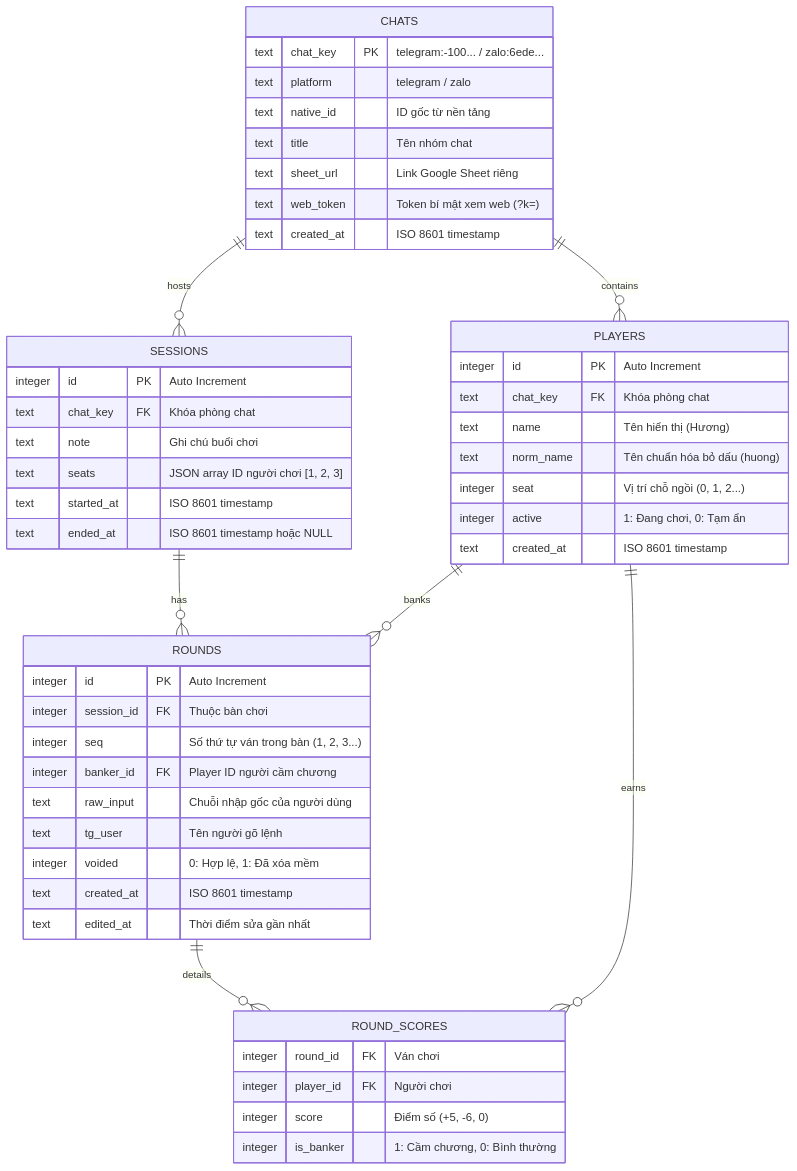
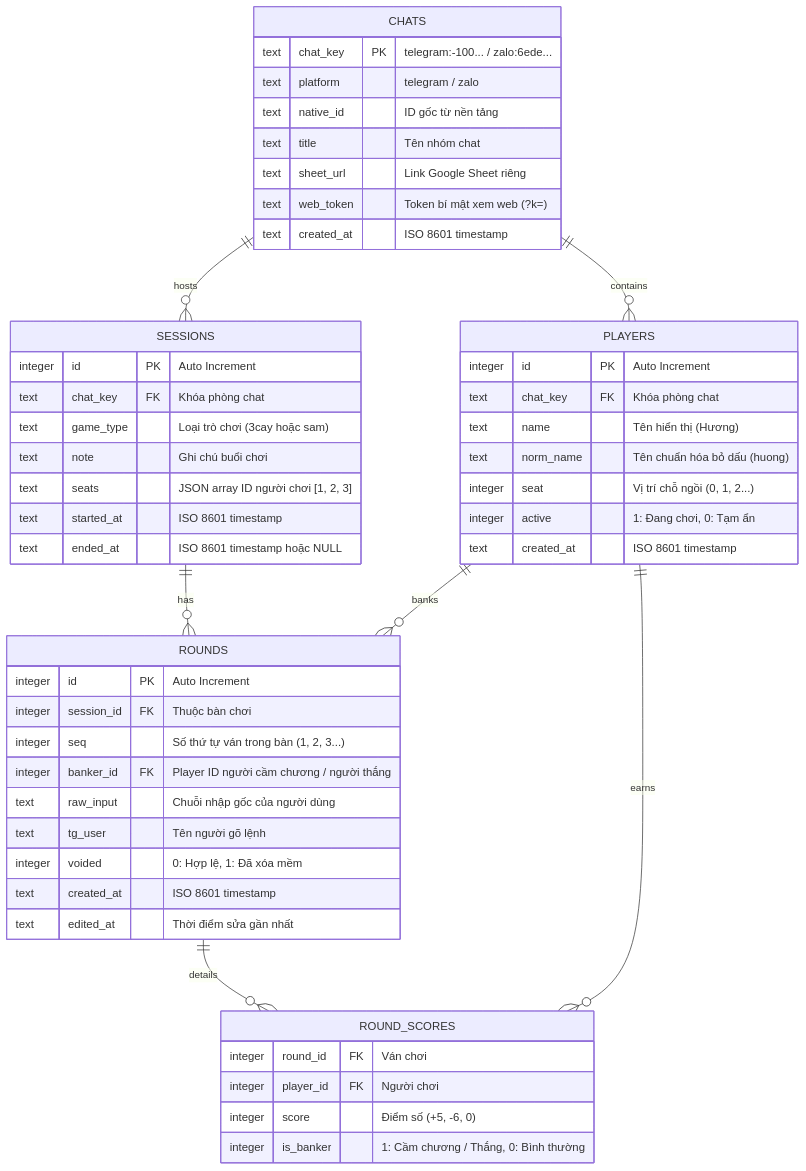
The second of 2 diagrams in docs/index.md (mihb123/ghi_sam), drawn with Mermaid before and after one commit. The commit also changed other lines of this file and 27 other files, not shown here.

````diff
--- a/docs/index.md
+++ b/docs/index.md
@@ -296,57 +302,58 @@
 ```mermaid
 erDiagram
     CHATS ||--o{ PLAYERS : contains
     CHATS ||--o{ SESSIONS : hosts
     SESSIONS ||--o{ ROUNDS : has
     ROUNDS ||--o{ ROUND_SCORES : details
     PLAYERS ||--o{ ROUND_SCORES : earns
     PLAYERS ||--o{ ROUNDS : banks
 
     CHATS {
         text chat_key PK "telegram:-100... / zalo:6ede..."
         text platform "telegram / zalo"
         text native_id "ID gốc từ nền tảng"
         text title "Tên nhóm chat"
         text sheet_url "Link Google Sheet riêng"
         text web_token "Token bí mật xem web (?k=)"
         text created_at "ISO 8601 timestamp"
     }
 
     PLAYERS {
         integer id PK "Auto Increment"
         text chat_key FK "Khóa phòng chat"
         text name "Tên hiển thị (Hương)"
         text norm_name "Tên chuẩn hóa bỏ dấu (huong)"
         integer seat "Vị trí chỗ ngồi (0, 1, 2...)"
         integer active "1: Đang chơi, 0: Tạm ẩn"
         text created_at "ISO 8601 timestamp"
     }
 
     SESSIONS {
         integer id PK "Auto Increment"
         text chat_key FK "Khóa phòng chat"
+        text game_type "Loại trò chơi (3cay hoặc sam)"
         text note "Ghi chú buổi chơi"
         text seats "JSON array ID người chơi [1, 2, 3]"
         text started_at "ISO 8601 timestamp"
         text ended_at "ISO 8601 timestamp hoặc NULL"
     }
 
     ROUNDS {
         integer id PK "Auto Increment"
         integer session_id FK "Thuộc bàn chơi"
         integer seq "Số thứ tự ván trong bàn (1, 2, 3...)"
-        integer banker_id FK "Player ID người cầm chương"
+        integer banker_id FK "Player ID người cầm chương / người thắng"
         text raw_input "Chuỗi nhập gốc của người dùng"
         text tg_user "Tên người gõ lệnh"
         integer voided "0: Hợp lệ, 1: Đã xóa mềm"
         text created_at "ISO 8601 timestamp"
         text edited_at "Thời điểm sửa gần nhất"
     }
 
     ROUND_SCORES {
         integer round_id FK "Ván chơi"
         integer player_id FK "Người chơi"
         integer score "Điểm số (+5, -6, 0)"
-        integer is_banker "1: Cầm chương, 0: Bình thường"
+        integer is_banker "1: Cầm chương / Thắng, 0: Bình thường"
     }
 ```
````
